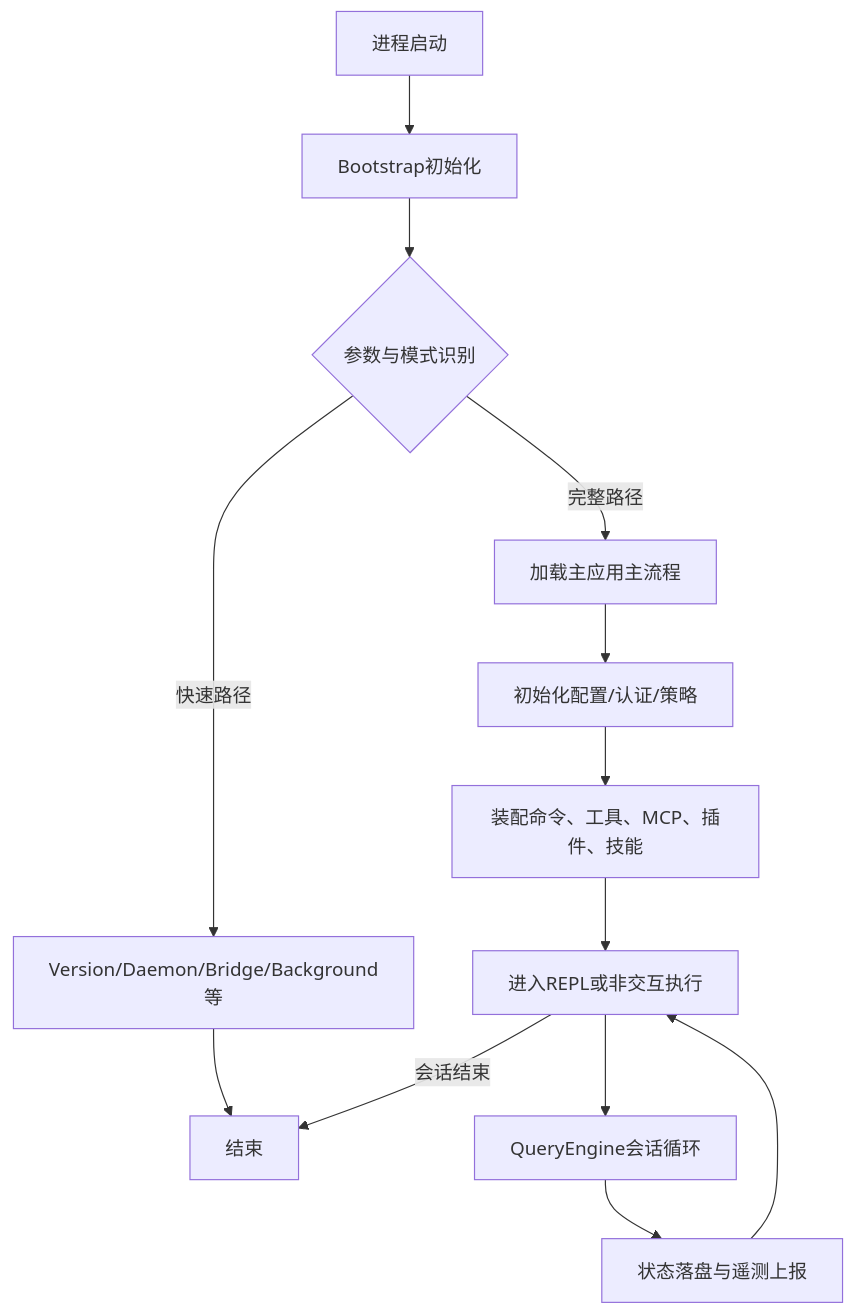
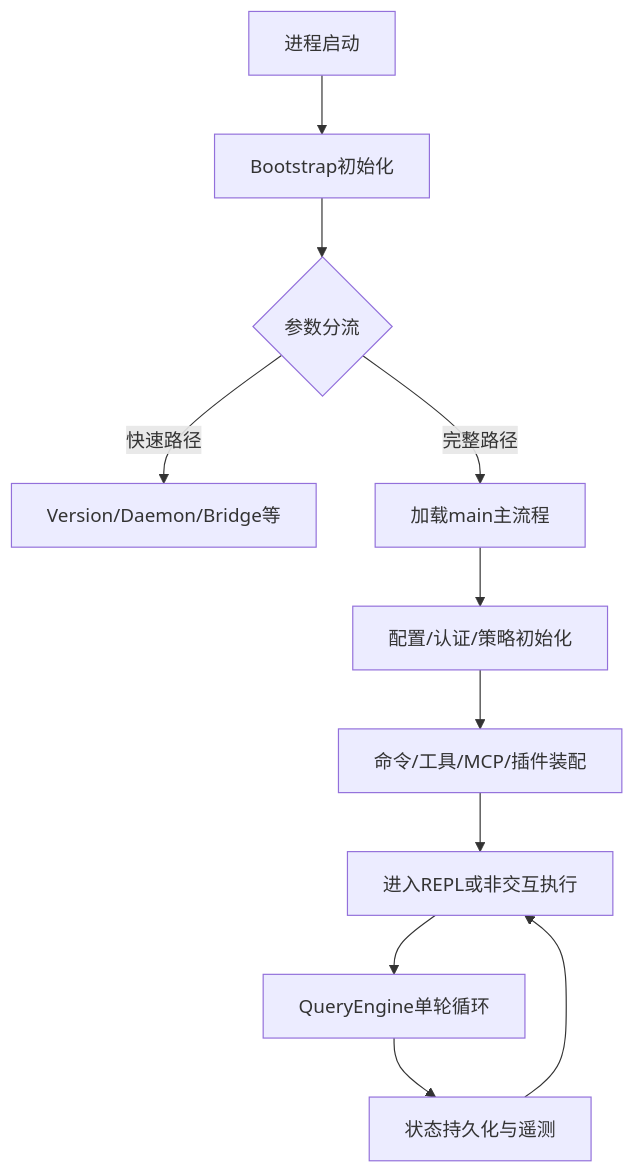
Before and after one commit to NanoAgentCode/claude-code-rev: the first of 3 diagrams in docs/项目运行调度流程报告.md, drawn with Mermaid. The commit also changed other lines of this file and 15 other files, not shown here.

Commit message:
docs: remove outdated modularization report and streamline application flow documentation

````diff
--- a/docs/项目运行调度流程报告.md
+++ b/docs/项目运行调度流程报告.md
@@ -17,16 +11,13 @@
 ```mermaid
 flowchart TD
     S0[进程启动] --> S1[Bootstrap初始化]
-    S1 --> S2{参数与模式识别}
-    S2 -->|快速路径| F1[Version/Daemon/Bridge/Background等]
-    S2 -->|完整路径| N1[加载主应用主流程]
-    F1 --> E0[结束]
-
-    N1 --> N2[初始化配置/认证/策略]
-    N2 --> N3[装配命令、工具、MCP、插件、技能]
+    S1 --> S2{参数分流}
+    S2 -->|快速路径| F1[Version/Daemon/Bridge等]
+    S2 -->|完整路径| N1[加载main主流程]
+    N1 --> N2[配置/认证/策略初始化]
+    N2 --> N3[命令/工具/MCP/插件装配]
     N3 --> N4[进入REPL或非交互执行]
-    N4 --> N5[QueryEngine会话循环]
-    N5 --> N6[状态落盘与遥测上报]
+    N4 --> N5[QueryEngine单轮循环]
+    N5 --> N6[状态持久化与遥测]
     N6 --> N4
-    N4 -->|会话结束| E0
 ```
````
